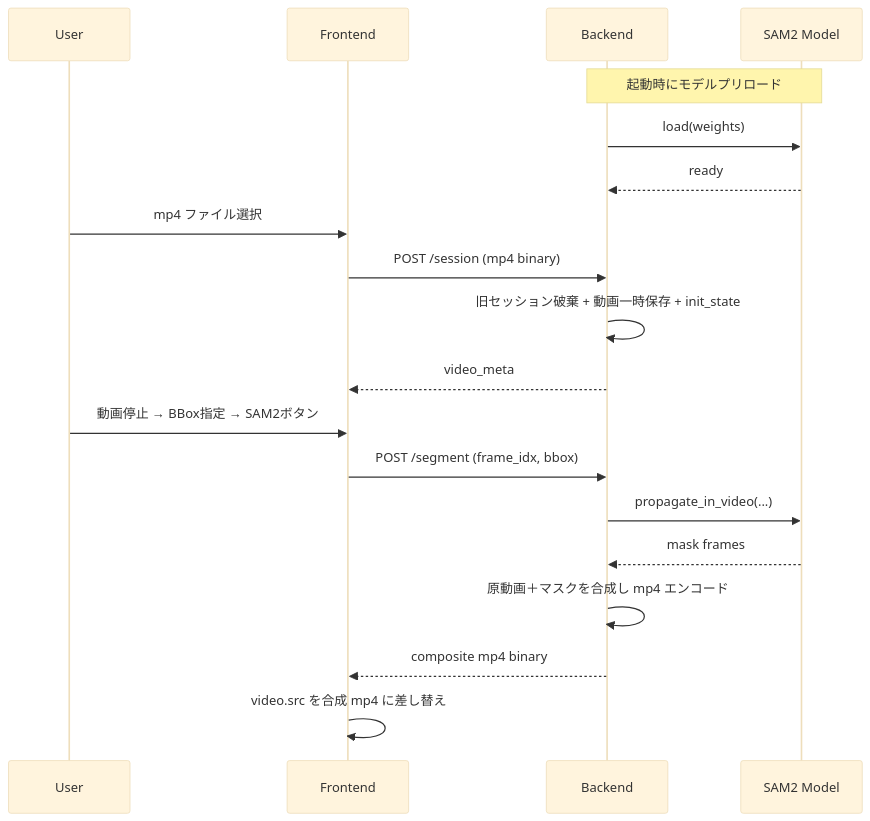
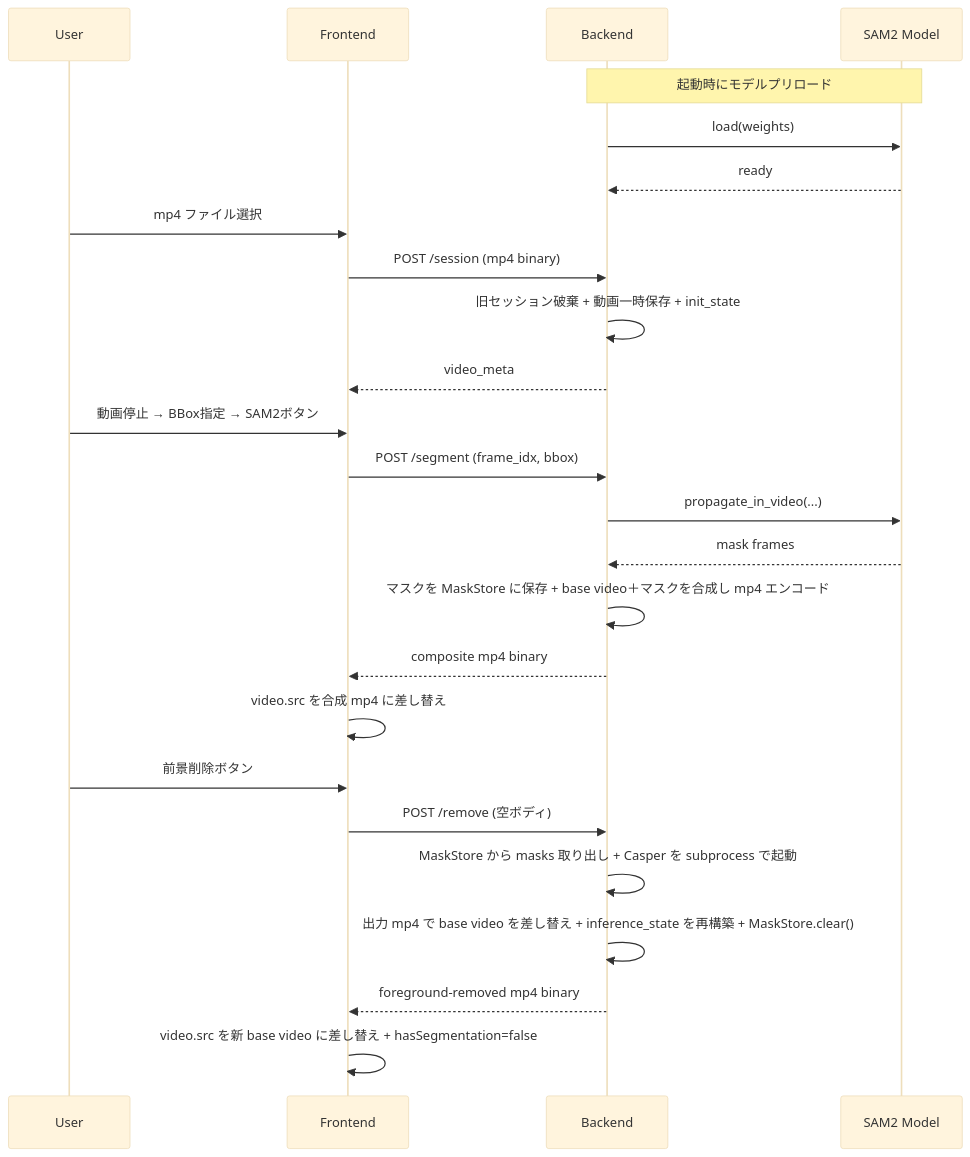
Before and after one commit to kanosawa/omnimatte-editor: the second of 2 diagrams in docs/spec/02-architecture.md, drawn with Mermaid (base theme). The commit also changed other lines of this file and 24 other files, not shown here.

````diff
--- a/docs/spec/02-architecture.md
+++ b/docs/spec/02-architecture.md
@@ -140,24 +153,31 @@
 ```mermaid
 sequenceDiagram
     participant U as User
     participant FE as Frontend
     participant BE as Backend
     participant M as SAM2 Model
 
     Note over BE,M: 起動時にモデルプリロード
     BE->>M: load(weights)
     M-->>BE: ready
 
     U->>FE: mp4 ファイル選択
     FE->>BE: POST /session (mp4 binary)
     BE->>BE: 旧セッション破棄 + 動画一時保存 + init_state
     BE-->>FE: video_meta
 
     U->>FE: 動画停止 → BBox指定 → SAM2ボタン
     FE->>BE: POST /segment (frame_idx, bbox)
     BE->>M: propagate_in_video(...)
     M-->>BE: mask frames
-    BE->>BE: 原動画＋マスクを合成し mp4 エンコード
+    BE->>BE: マスクを MaskStore に保存 + base video＋マスクを合成し mp4 エンコード
     BE-->>FE: composite mp4 binary
     FE->>FE: video.src を合成 mp4 に差し替え
+
+    U->>FE: 前景削除ボタン
+    FE->>BE: POST /remove (空ボディ)
+    BE->>BE: MaskStore から masks 取り出し + Casper を subprocess で起動
+    BE->>BE: 出力 mp4 で base video を差し替え + inference_state を再構築 + MaskStore.clear()
+    BE-->>FE: foreground-removed mp4 binary
+    FE->>FE: video.src を新 base video に差し替え + hasSegmentation=false
 ```
````
